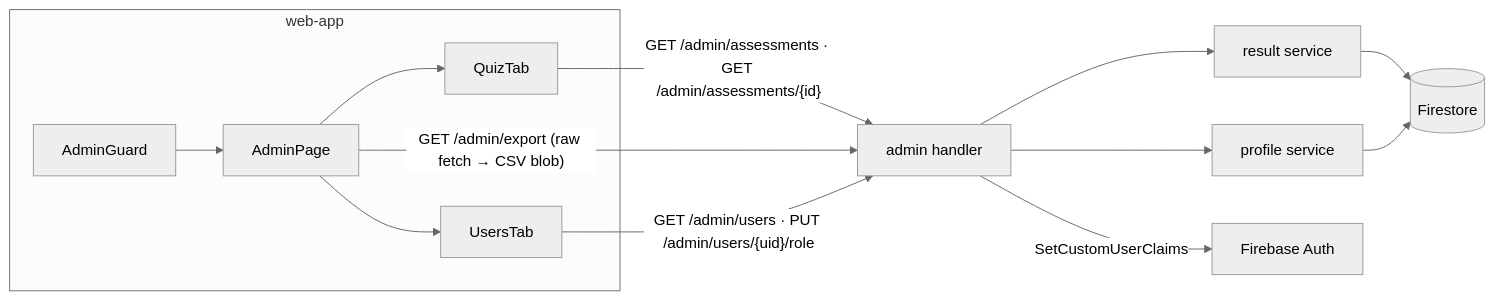
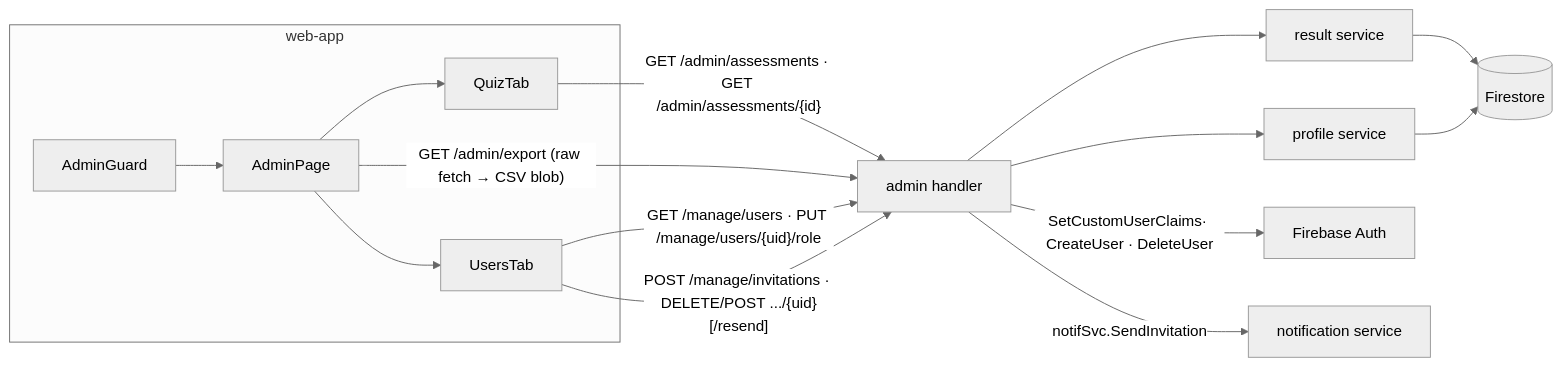
One commit to sathittham/factory-sync-solutions changed the diagram in docs/product/admin/README.md. Above: the diagram before and after it, drawn with Mermaid (neutral theme). The commit also changed other lines of this file and 15 other files, not shown here.

````diff
--- a/docs/product/admin/README.md
+++ b/docs/product/admin/README.md
@@ -95,14 +101,16 @@
 ```mermaid
 flowchart LR
   subgraph web-app
     G[AdminGuard] --> P[AdminPage]
     P --> QT[QuizTab]
     P --> UT[UsersTab]
   end
   QT -->|"GET /admin/assessments · GET /admin/assessments/{id}"| H[admin handler]
   P -->|"GET /admin/export (raw fetch → CSV blob)"| H
-  UT -->|"GET /admin/users · PUT /admin/users/{uid}/role"| H
+  UT -->|"GET /manage/users · PUT /manage/users/{uid}/role"| H
+  UT -->|"POST /manage/invitations · DELETE/POST .../{uid}[/resend]"| H
   H --> RS[result service] --> D[(Firestore)]
   H --> PS[profile service] --> D
-  H -->|SetCustomUserClaims| FB[Firebase Auth]
+  H -->|SetCustomUserClaims· CreateUser · DeleteUser| FB[Firebase Auth]
+  H -->|notifSvc.SendInvitation| NS[notification service]
 ```
````
